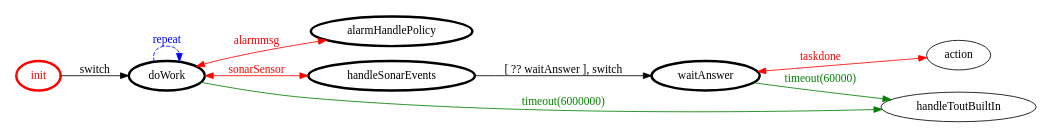
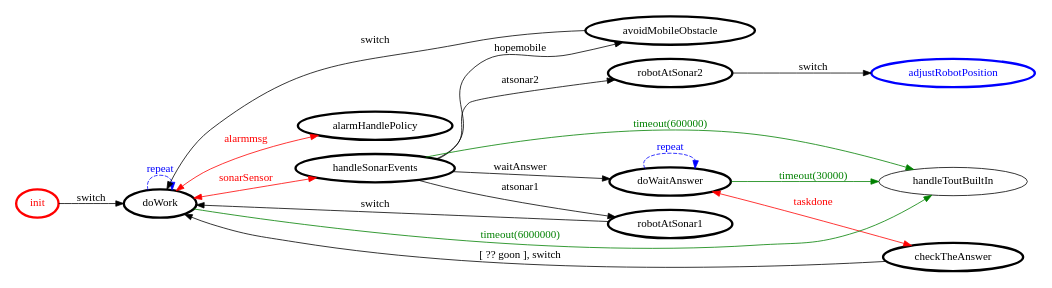
Before and after one commit to MatteoMendula/iss2018Lab: the diagram in it.unibo.mbot.applR1/srcMore/it/unibo/applr0agent/applr0agent.gv, drawn with Graphviz. The commit also changed 42 other files, not shown here.

```diff
--- a/it.unibo.mbot.applR1/srcMore/it/unibo/applr0agent/applr0agent.gv
+++ b/it.unibo.mbot.applR1/srcMore/it/unibo/applr0agent/applr0agent.gv
@@ -1,26 +1,40 @@
 /*
 *
 * A GraphViz DOT FSM description 
 * Please use a GraphViz visualizer (like http://www.webgraphviz.com)
 *  
 */
 
 digraph finite_state_machine {
 	rankdir=LR
 	size="8,5"
 	
 	init [ color = red ][ fontcolor = red ][ penwidth = 3 ]
+	doWaitAnswer [ color = black ][ fontcolor = black ][ penwidth = 3 ]
 	doWork [ color = black ][ fontcolor = black ][ penwidth = 3 ]
-	waitAnswer [ color = black ][ fontcolor = black ][ penwidth = 3 ]
+	robotAtSonar2 [ color = black ][ fontcolor = black ][ penwidth = 3 ]
+	checkTheAnswer [ color = black ][ fontcolor = black ][ penwidth = 3 ]
+	avoidMobileObstacle [ color = black ][ fontcolor = black ][ penwidth = 3 ]
+	robotAtSonar1 [ color = black ][ fontcolor = black ][ penwidth = 3 ]
+	handleSonarEvents [ color = black ][ fontcolor = black ][ penwidth = 3 ]
 	alarmHandlePolicy [ color = black ][ fontcolor = black ][ penwidth = 3 ]
-	handleSonarEvents [ color = black ][ fontcolor = black ][ penwidth = 3 ]
+	adjustRobotPosition [ color = blue ][ fontcolor = blue ][ penwidth = 3 ]
 	
+	handleSonarEvents -> handleToutBuiltIn [ label = "timeout(600000)" ][ color = green ][ fontcolor = green ]
+	avoidMobileObstacle -> doWork [ label = "switch" ][ color = black ][ fontcolor = black ]
+	handleSonarEvents -> doWaitAnswer [ label = "waitAnswer" ][ color = black ][ fontcolor = black ]
+	doWork -> doWork [ label = "repeat "][ style = dashed ][ color = blue ][ fontcolor = blue ]
+	handleSonarEvents -> avoidMobileObstacle [ label = "hopemobile" ][ color = black ][ fontcolor = black ]
+	robotAtSonar2 -> adjustRobotPosition [ label = "switch" ][ color = black ][ fontcolor = black ]
 	doWork -> handleSonarEvents [ label = "sonarSensor" ][ color = red ][ fontcolor = red ][ dir = both ]
+	handleSonarEvents -> robotAtSonar1 [ label = "atsonar1" ][ color = black ][ fontcolor = black ]
+	checkTheAnswer -> doWork [ label = "[ ?? goon ], switch" ][ color = black ][ fontcolor = black ]
+	robotAtSonar1 -> doWork [ label = "switch" ][ color = black ][ fontcolor = black ]
 	doWork -> handleToutBuiltIn [ label = "timeout(6000000)" ][ color = green ][ fontcolor = green ]
+	doWaitAnswer -> handleToutBuiltIn [ label = "timeout(30000)" ][ color = green ][ fontcolor = green ]
 	doWork -> alarmHandlePolicy [ label = "alarmmsg" ][ color = red ][ fontcolor = red ][ dir = both ]
 	init -> doWork [ label = "switch" ][ color = black ][ fontcolor = black ]
-	doWork -> doWork [ label = "repeat "][ style = dashed ][ color = blue ][ fontcolor = blue ]
-	handleSonarEvents -> waitAnswer [ label = "[ ?? waitAnswer ], switch" ][ color = black ][ fontcolor = black ]
-	waitAnswer -> action [ label = "taskdone" ][ color = red ][ fontcolor = red ][ dir = both ]
-	waitAnswer -> handleToutBuiltIn [ label = "timeout(60000)" ][ color = green ][ fontcolor = green ]
+	handleSonarEvents -> robotAtSonar2 [ label = "atsonar2" ][ color = black ][ fontcolor = black ]
+	doWaitAnswer -> checkTheAnswer [ label = "taskdone" ][ color = red ][ fontcolor = red ][ dir = both ]
+	doWaitAnswer -> doWaitAnswer [ label = "repeat "][ style = dashed ][ color = blue ][ fontcolor = blue ]
 }
```
